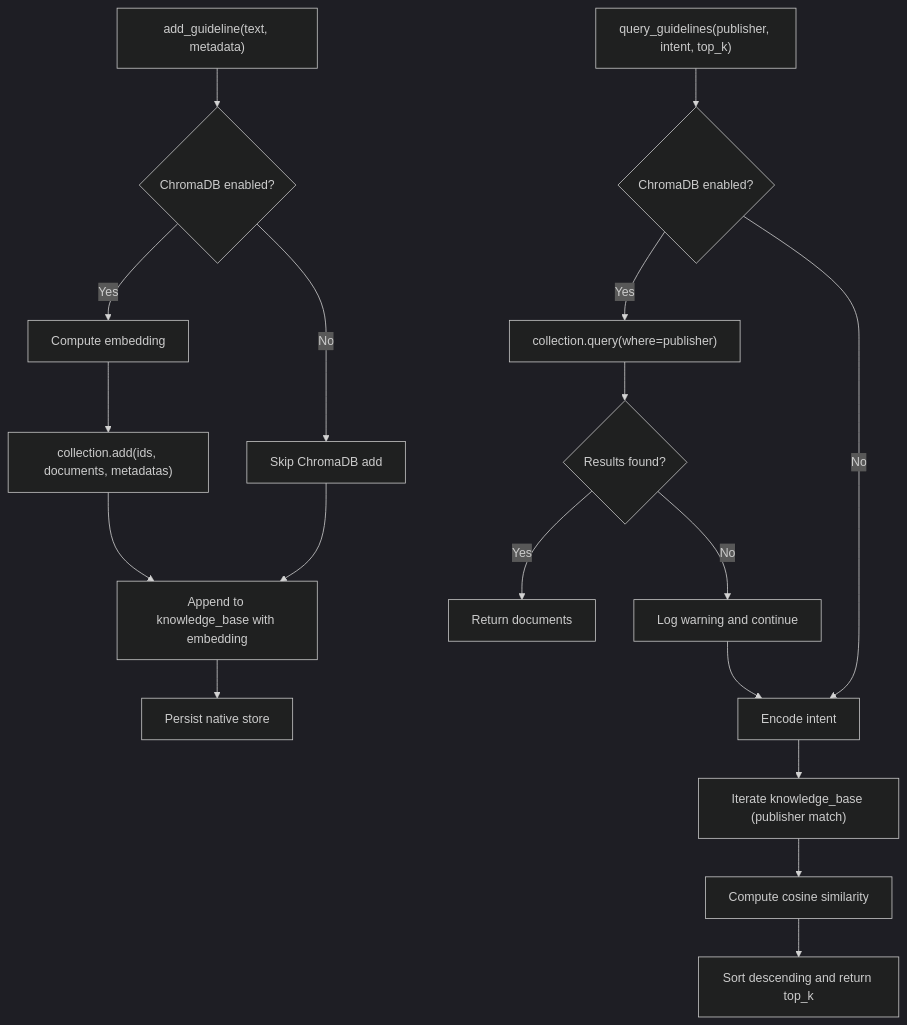
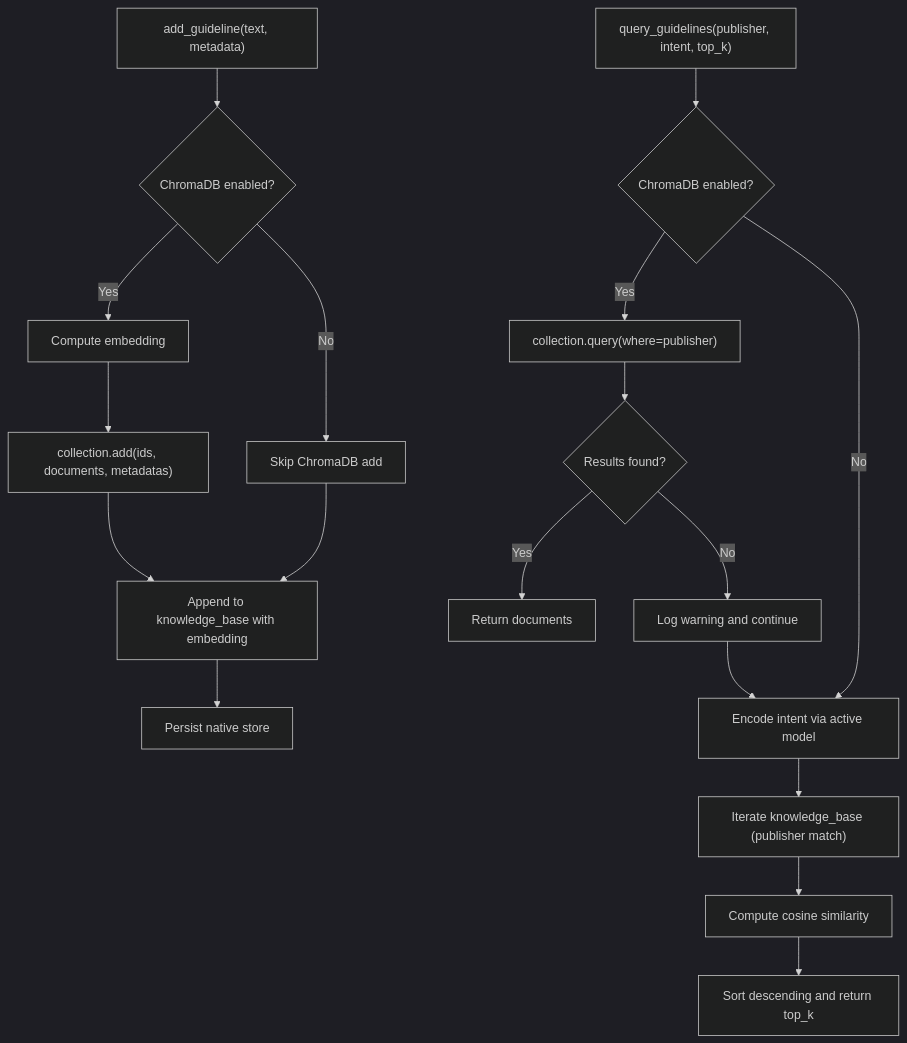
Before and after one commit to rohitkumarnaidu/-Auto-AI-Automated-Academic-Docx-Manuscript-Formatter: the sixth of 11 diagrams in .qoder/repowiki/en/content/AI_ML Integration/RAG Engine.md, drawn with Mermaid (dark theme). The commit also changed other lines of this file and 5 other files, not shown here.

````diff
--- a/.qoder/repowiki/en/content/AI_ML Integration/RAG Engine.md
+++ b/.qoder/repowiki/en/content/AI_ML Integration/RAG Engine.md
@@ -238,20 +327,20 @@
 ```mermaid
 flowchart TD
 A["add_guideline(text, metadata)"] --> B{"ChromaDB enabled?"}
 B --> |Yes| C["Compute embedding"]
 C --> D["collection.add(ids, documents, metadatas)"]
 B --> |No| E["Skip ChromaDB add"]
 D --> F["Append to knowledge_base with embedding"]
 E --> F
 F --> G["Persist native store"]
 H["query_guidelines(publisher, intent, top_k)"] --> I{"ChromaDB enabled?"}
 I --> |Yes| J["collection.query(where=publisher)"]
 J --> K{"Results found?"}
 K --> |Yes| L["Return documents"]
 K --> |No| M["Log warning and continue"]
-I --> |No| N["Encode intent"]
+I --> |No| N["Encode intent via active model"]
 M --> N
 N --> O["Iterate knowledge_base (publisher match)"]
 O --> P["Compute cosine similarity"]
 P --> Q["Sort descending and return top_k"]
 ```
````
